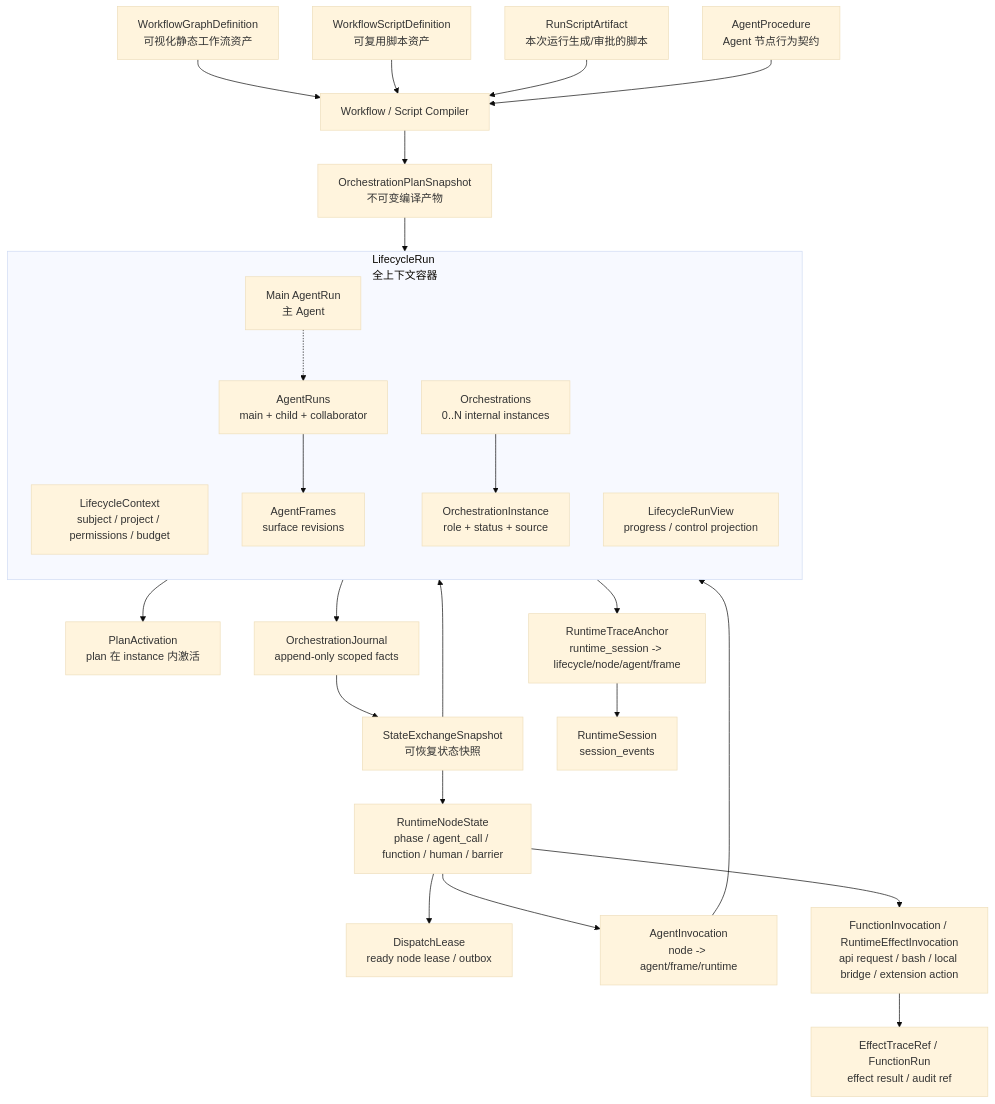
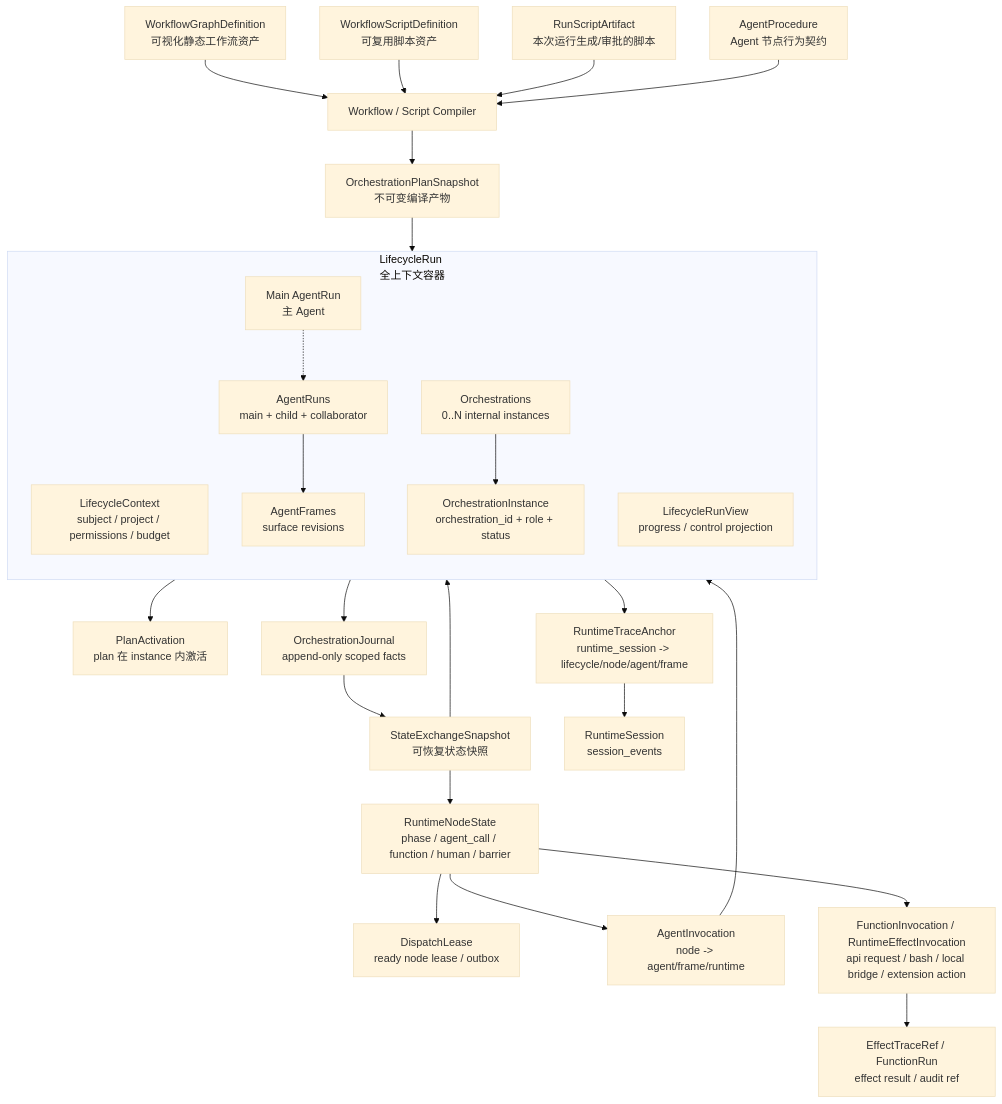
One commit to syan2018/AgentDash changed the second of 4 diagrams in .trellis/tasks/06-06-dynamic-workflow-lifecycle-research/target-model-sketch.md. Above: the diagram before and after it, drawn with Mermaid (base theme). The commit also changed other lines of this file and 7 other files, not shown here.

````diff
--- a/.trellis/tasks/06-06-dynamic-workflow-lifecycle-research/target-model-sketch.md
+++ b/.trellis/tasks/06-06-dynamic-workflow-lifecycle-research/target-model-sketch.md
@@ -88,36 +88,36 @@
 ```mermaid
 flowchart TD
     WGD["WorkflowGraphDefinition<br/>可视化静态工作流资产"] --> C["Workflow / Script Compiler"]
     WSD["WorkflowScriptDefinition<br/>可复用脚本资产"] --> C
     RSAF["RunScriptArtifact<br/>本次运行生成/审批的脚本"] --> C
     AP["AgentProcedure<br/>Agent 节点行为契约"] --> C
     C --> OPS["OrchestrationPlanSnapshot<br/>不可变编译产物"]
 
     subgraph LRBOX["LifecycleRun<br/>全上下文容器"]
         direction TB
         CTX["LifecycleContext<br/>subject / project / permissions / budget"]
         MAIN["Main AgentRun<br/>主 Agent"]
         ARS["AgentRuns<br/>main + child + collaborator"]
         AF["AgentFrames<br/>surface revisions"]
         OSSET["Orchestrations<br/>0..N internal instances"]
-        OI["OrchestrationInstance<br/>role + status + source"]
+        OI["OrchestrationInstance<br/>orchestration_id + role + status"]
         VIEW["LifecycleRunView<br/>progress / control projection"]
     end
 
     MAIN -.-> ARS
     ARS --> AF
     OPS --> OI
     OSSET --> OI
     OI --> PA["PlanActivation<br/>plan 在 instance 内激活"]
     OI --> J["OrchestrationJournal<br/>append-only scoped facts"]
     J --> SS["StateExchangeSnapshot<br/>可恢复状态快照"]
     SS --> RN["RuntimeNodeState<br/>phase / agent_call / function / human / barrier"]
     RN --> DL["DispatchLease<br/>ready node lease / outbox"]
     RN --> AI["AgentInvocation<br/>node -> agent/frame/runtime"]
     RN --> FI["FunctionInvocation / RuntimeEffectInvocation<br/>api request / bash / local bridge / extension action"]
     AI --> ARS
     FI --> ETR["EffectTraceRef / FunctionRun<br/>effect result / audit ref"]
     SS --> VIEW
     AF --> RTA["RuntimeTraceAnchor<br/>runtime_session -> lifecycle/node/agent/frame"]
     RTA --> RS["RuntimeSession<br/>session_events"]
 ```
````
